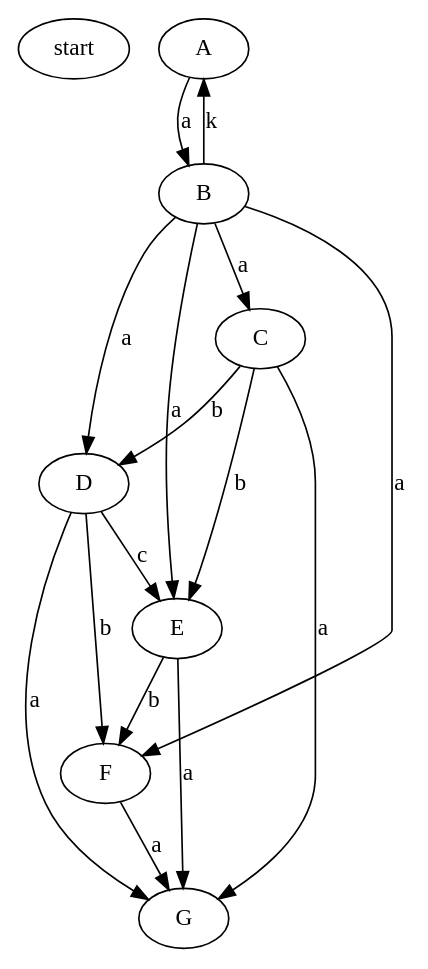
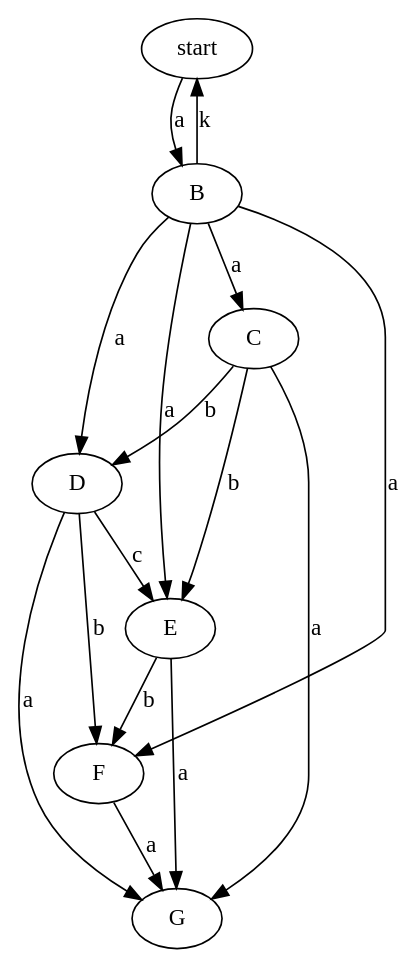
Before and after one commit to WilliamArnone/Tallulah: the diagram in examples/file.gv, drawn with Graphviz. The commit also changed 14 other files, not shown here.

```diff
--- a/examples/file.gv
+++ b/examples/file.gv
@@ -1,20 +1,19 @@
 digraph G {
-    start
-    A -> B -> {C -> {D->E [label = c]} -> F [label=b]} -> G [label=a]
-    B -> A [label = k]
+    start -> B -> {C -> {D->E [label = c]} -> F [label=b]} -> G [label=a]
+    B -> start [label = k]
 
     //{1 2 3} -> {{{4 5} -> {6 7}[label = a]} -> {8 9 10}[label = a]} -> {11->12[label = a]} [label = a]
 
     // start
     // A->B1->D -> M [label = "a" comment="+
     //     >> A-b->B2
     // +"]
     // {A Z X} -> {B2 U2 KKK}  [label = "b"]
     // B1->C [label = "b"]
     // B2->C [label = "a" comment="+
     //     <<C-b->B1
     // +"]
 }
 /*
 > A-a->B / < C - a -> B
 */ 
```
